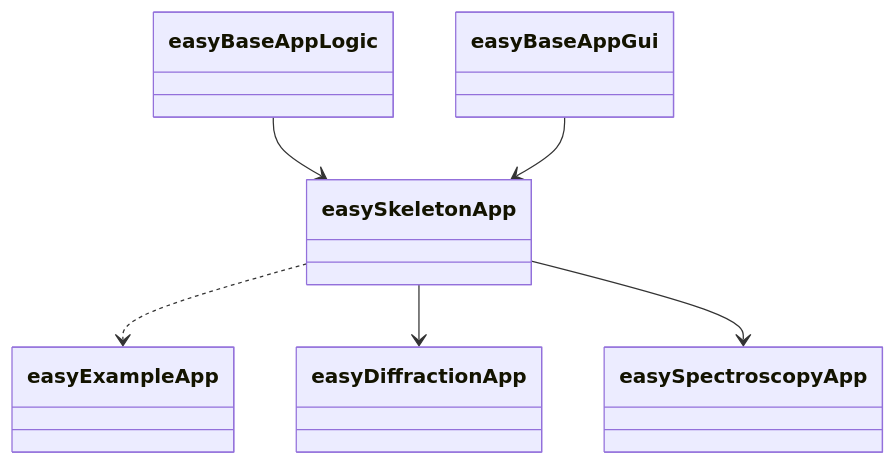
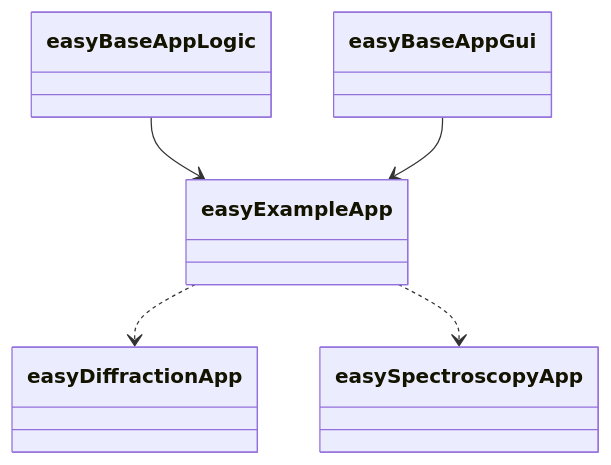
The third of 5 diagrams in diagrams/mermaid.md (easyScience/easyScience), drawn with Mermaid before and after one commit. The commit also changed other lines of this file, not shown here.

````diff
--- a/diagrams/mermaid.md
+++ b/diagrams/mermaid.md
@@ -44,9 +43,8 @@
 ```mermaid
 classDiagram
 
-easyBaseAppLogic --> easySkeletonApp
-easyBaseAppGui --> easySkeletonApp
-easySkeletonApp ..> easyExampleApp
-easySkeletonApp --> easyDiffractionApp
-easySkeletonApp --> easySpectroscopyApp
+easyBaseAppLogic --> easyExampleApp
+easyBaseAppGui --> easyExampleApp
+easyExampleApp ..> easyDiffractionApp
+easyExampleApp ..> easySpectroscopyApp
 ```
````
